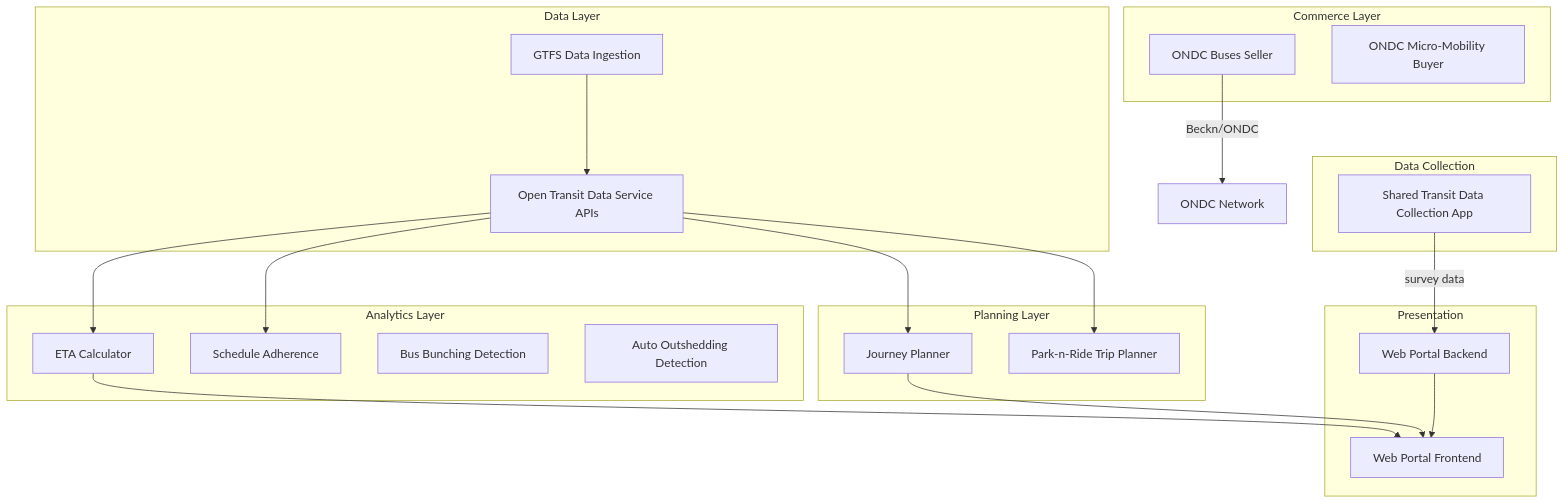
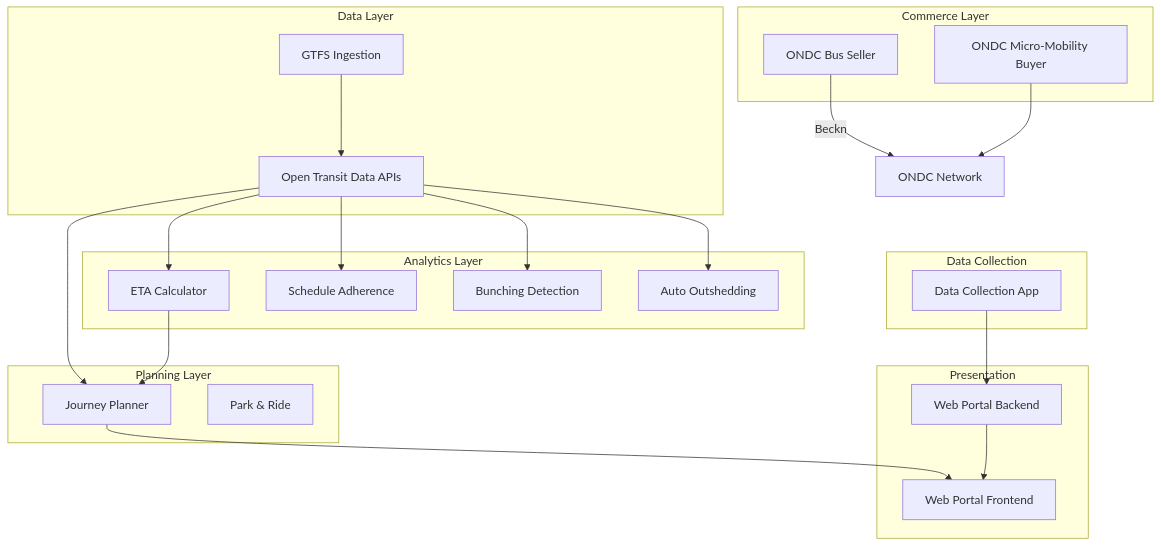
The second of 4 diagrams in docs/architecture/overview.md (transport-stack/wiki-transport-stack), drawn with Mermaid before and after one commit. The commit also changed other lines of this file and 2 other files, not shown here.

First line of the commit message:
feat: redesign architecture pages with MOSIP-inspired structure

````diff
--- a/docs/architecture/overview.md
+++ b/docs/architecture/overview.md
@@ -52,44 +90,46 @@
 ```mermaid
 graph TD
     subgraph "Data Layer"
-        OTD["Open Transit Data Service APIs"]
-        GTFS["GTFS Data Ingestion"]
+        OTD[Open Transit Data APIs]
+        GTFS[GTFS Ingestion]
     end
 
     subgraph "Analytics Layer"
-        ETA["ETA Calculator"]
-        SA["Schedule Adherence"]
-        BB["Bus Bunching Detection"]
-        AO["Auto Outshedding Detection"]
+        ETA[ETA Calculator]
+        SA[Schedule Adherence]
+        BB[Bunching Detection]
+        AO[Auto Outshedding]
     end
 
     subgraph "Planning Layer"
-        JP["Journey Planner"]
-        PNR["Park-n-Ride Trip Planner"]
+        JP[Journey Planner]
+        PNR[Park & Ride]
     end
 
     subgraph "Commerce Layer"
-        ONDC_S["ONDC Buses Seller"]
-        ONDC_B["ONDC Micro-Mobility Buyer"]
+        ONDC_S[ONDC Bus Seller]
+        ONDC_B[ONDC Micro-Mobility Buyer]
     end
 
     subgraph "Presentation"
-        Portal_FE["Web Portal Frontend"]
-        Portal_BE["Web Portal Backend"]
+        PORTAL_FE[Web Portal Frontend]
+        PORTAL_BE[Web Portal Backend]
     end
 
     subgraph "Data Collection"
-        DC["Shared Transit Data Collection App"]
+        DC[Data Collection App]
     end
 
     GTFS --> OTD
     OTD --> ETA
     OTD --> JP
     OTD --> SA
-    OTD --> PNR
-    ETA --> Portal_FE
-    JP --> Portal_FE
-    ONDC_S -->|"Beckn/ONDC"| ONDC_Network["ONDC Network"]
-    DC -->|"survey data"| Portal_BE
-    Portal_BE --> Portal_FE
+    OTD --> BB
+    OTD --> AO
+    ETA --> JP
+    JP --> PORTAL_FE
+    ONDC_S -->|Beckn| ONDC_NET[ONDC Network]
+    ONDC_B --> ONDC_NET
+    DC --> PORTAL_BE
+    PORTAL_BE --> PORTAL_FE
 ```
````
